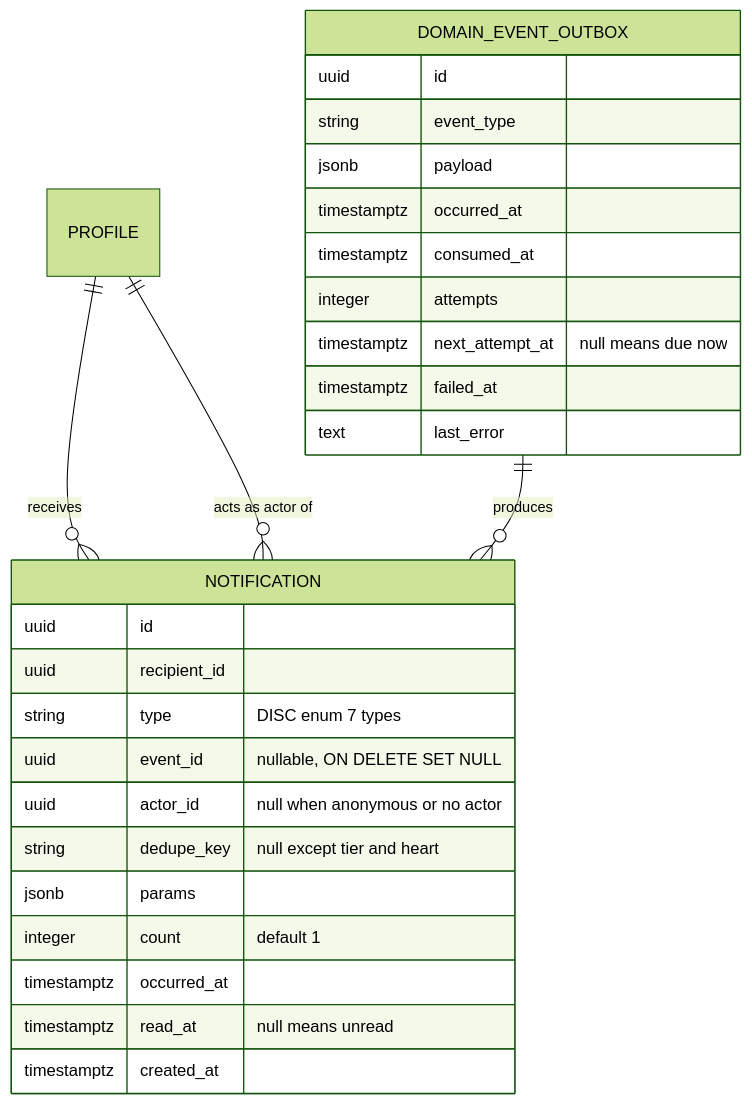
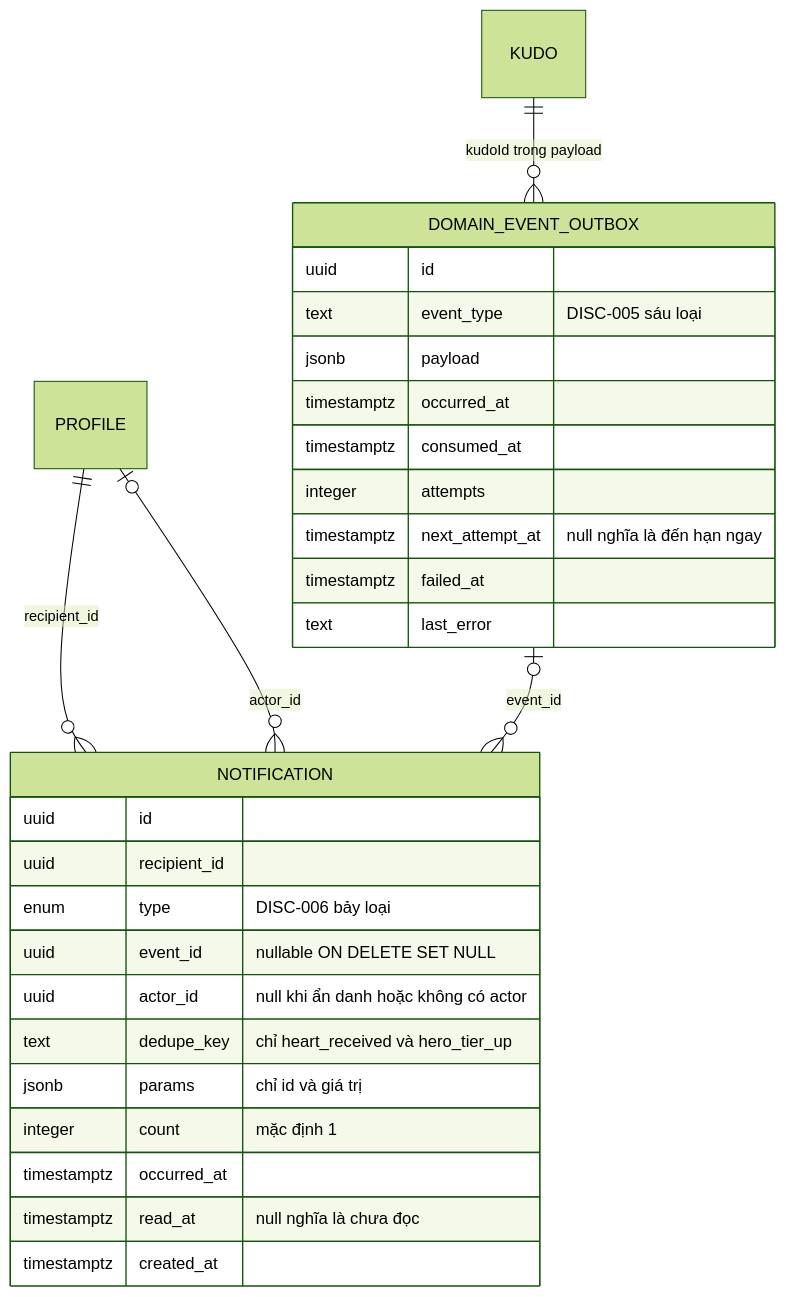
The fifth of 8 diagrams in docs/features/F013_Notifications/technical-spec.md (hailv-3571/agentic-coding-hands-on), drawn with Mermaid (forest theme) before and after one commit. The commit also changed other lines of this file and 152 other files, not shown here.

````diff
--- a/docs/features/F013_Notifications/technical-spec.md
+++ b/docs/features/F013_Notifications/technical-spec.md
@@ -293,30 +451,31 @@
 ```mermaid
 erDiagram
-    PROFILE ||--o{ NOTIFICATION : "receives"
-    PROFILE ||--o{ NOTIFICATION : "acts as actor of"
-    DOMAIN_EVENT_OUTBOX ||--o{ NOTIFICATION : "produces"
+    PROFILE ||--o{ NOTIFICATION : "recipient_id"
+    PROFILE |o--o{ NOTIFICATION : "actor_id"
+    DOMAIN_EVENT_OUTBOX |o--o{ NOTIFICATION : "event_id"
+    KUDO ||--o{ DOMAIN_EVENT_OUTBOX : "kudoId trong payload"
     NOTIFICATION {
         uuid id
         uuid recipient_id
-        string type "DISC enum 7 types"
-        uuid event_id "nullable, ON DELETE SET NULL"
-        uuid actor_id "null when anonymous or no actor"
-        string dedupe_key "null except tier and heart"
-        jsonb params
-        integer count "default 1"
+        enum type "DISC-006 bảy loại"
+        uuid event_id "nullable ON DELETE SET NULL"
+        uuid actor_id "null khi ẩn danh hoặc không có actor"
+        text dedupe_key "chỉ heart_received và hero_tier_up"
+        jsonb params "chỉ id và giá trị"
+        integer count "mặc định 1"
         timestamptz occurred_at
-        timestamptz read_at "null means unread"
+        timestamptz read_at "null nghĩa là chưa đọc"
         timestamptz created_at
     }
     DOMAIN_EVENT_OUTBOX {
         uuid id
-        string event_type
+        text event_type "DISC-005 sáu loại"
         jsonb payload
         timestamptz occurred_at
         timestamptz consumed_at
         integer attempts
-        timestamptz next_attempt_at "null means due now"
+        timestamptz next_attempt_at "null nghĩa là đến hạn ngay"
         timestamptz failed_at
         text last_error
     }
 ```
````
